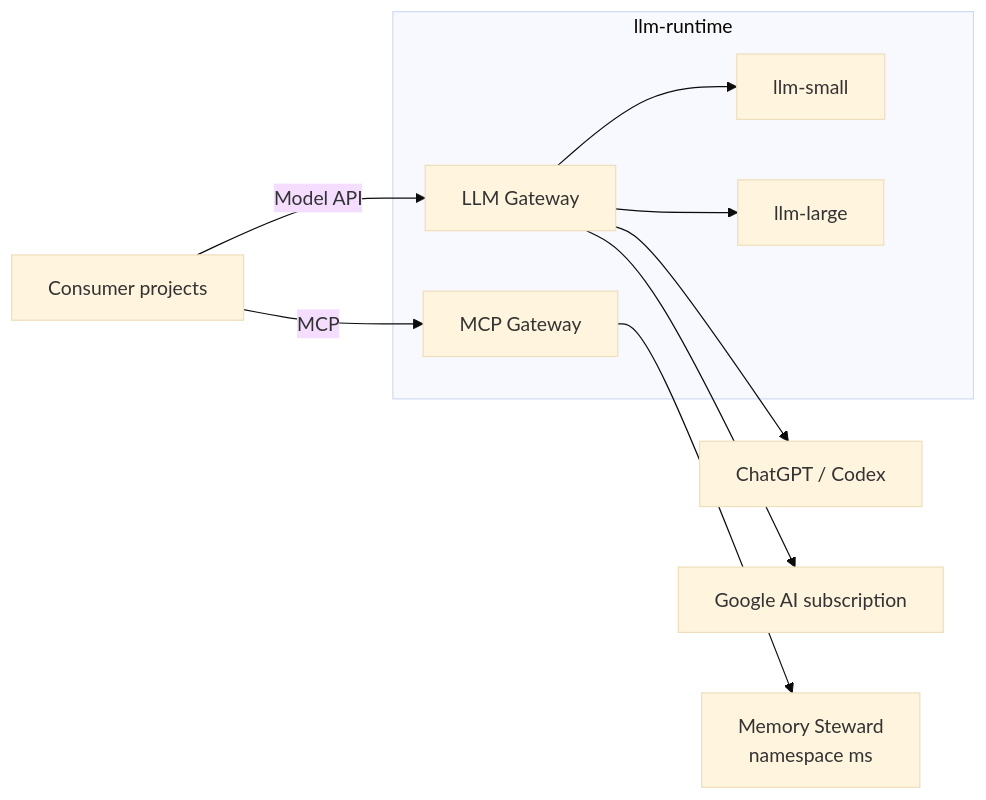
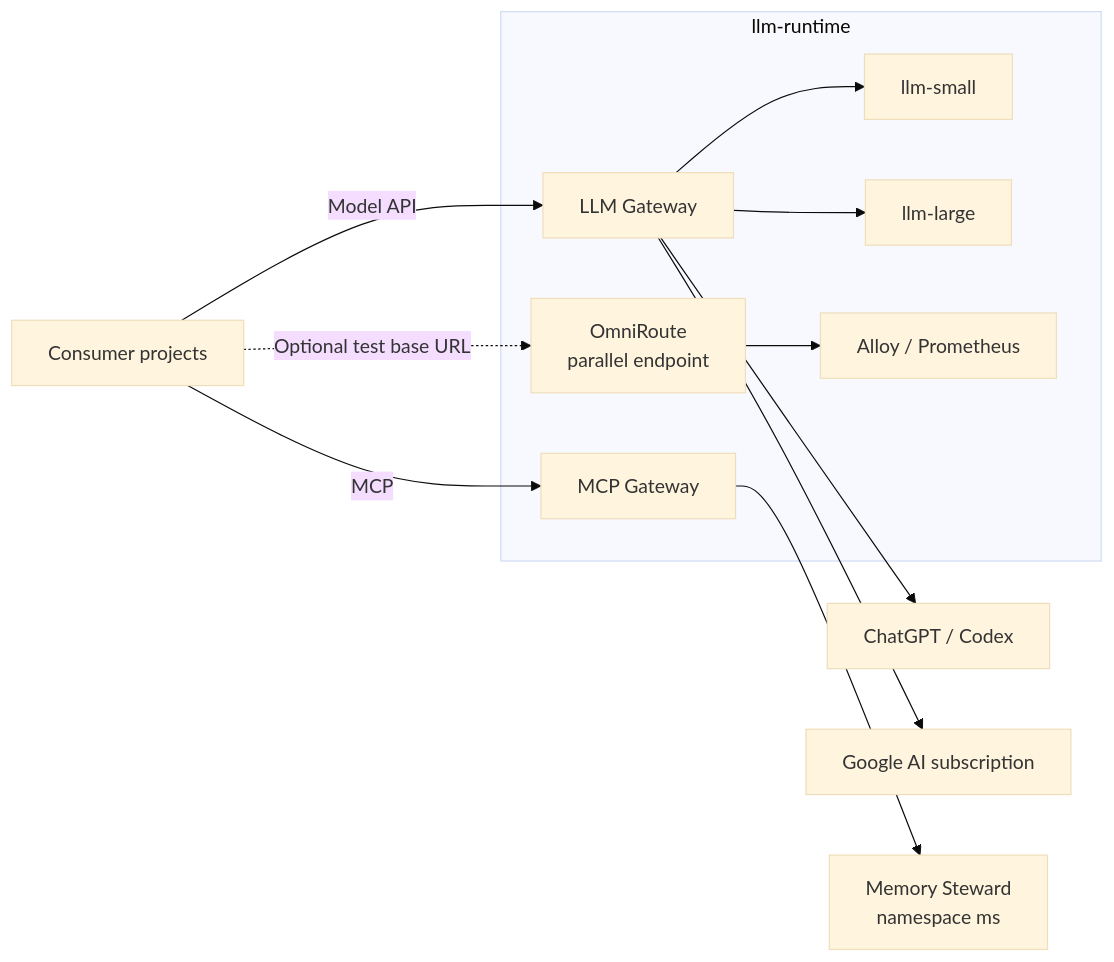
The diagram in docs/01_overview.md (homel-dev/llm-runtime), drawn with Mermaid (base theme) before and after one commit. The commit also changed other lines of this file and 22 other files, not shown here.

````diff
--- a/docs/01_overview.md
+++ b/docs/01_overview.md
@@ -108,24 +110,28 @@
 ```mermaid
 flowchart LR
     C[Consumer projects]
 
     subgraph LRUNTIME[llm-runtime]
         G[LLM Gateway]
+        O[OmniRoute<br/>parallel endpoint]
         S[llm-small]
         L[llm-large]
         M[MCP Gateway]
+        A[Alloy / Prometheus]
     end
 
     P1[ChatGPT / Codex]
     P2[Google AI subscription]
     MS[Memory Steward<br/>namespace ms]
 
     C -->|Model API| G
+    C -.->|Optional test base URL| O
     G --> S
     G --> L
     G --> P1
     G --> P2
+    O --> A
 
     C -->|MCP| M
     M --> MS
 ```
````
